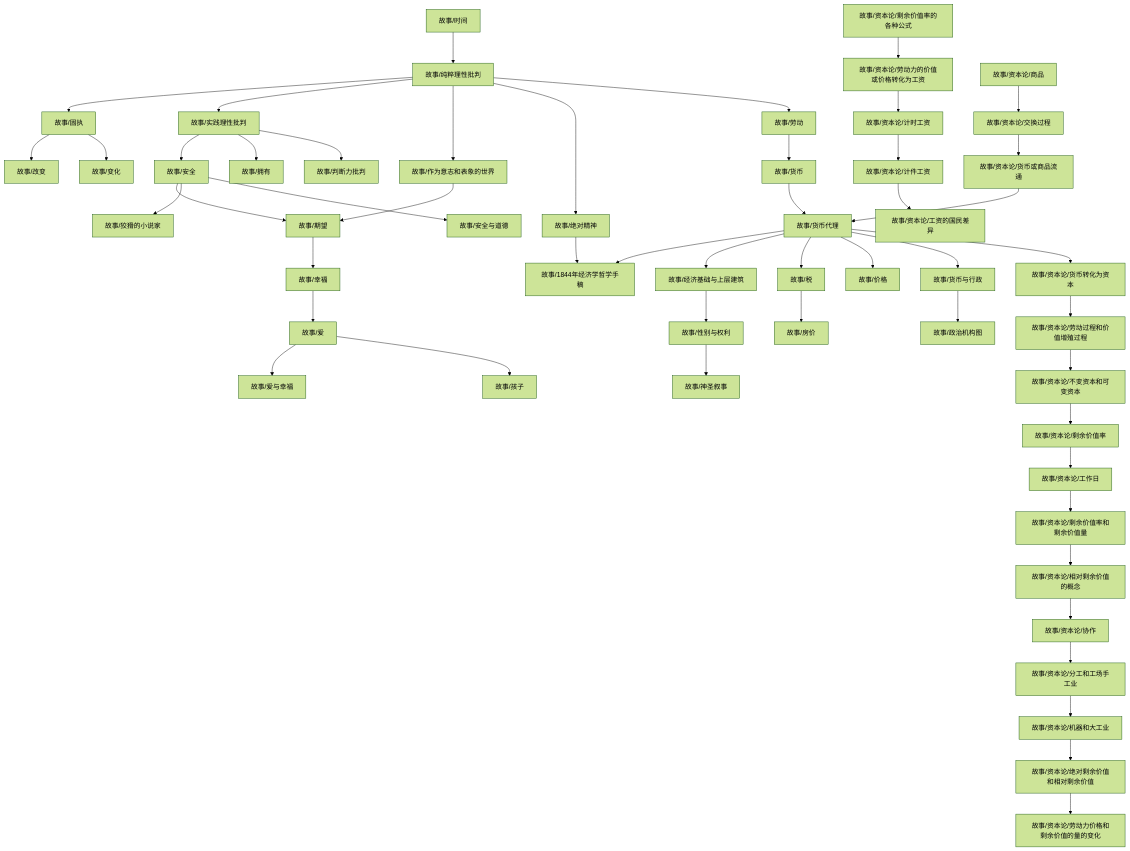
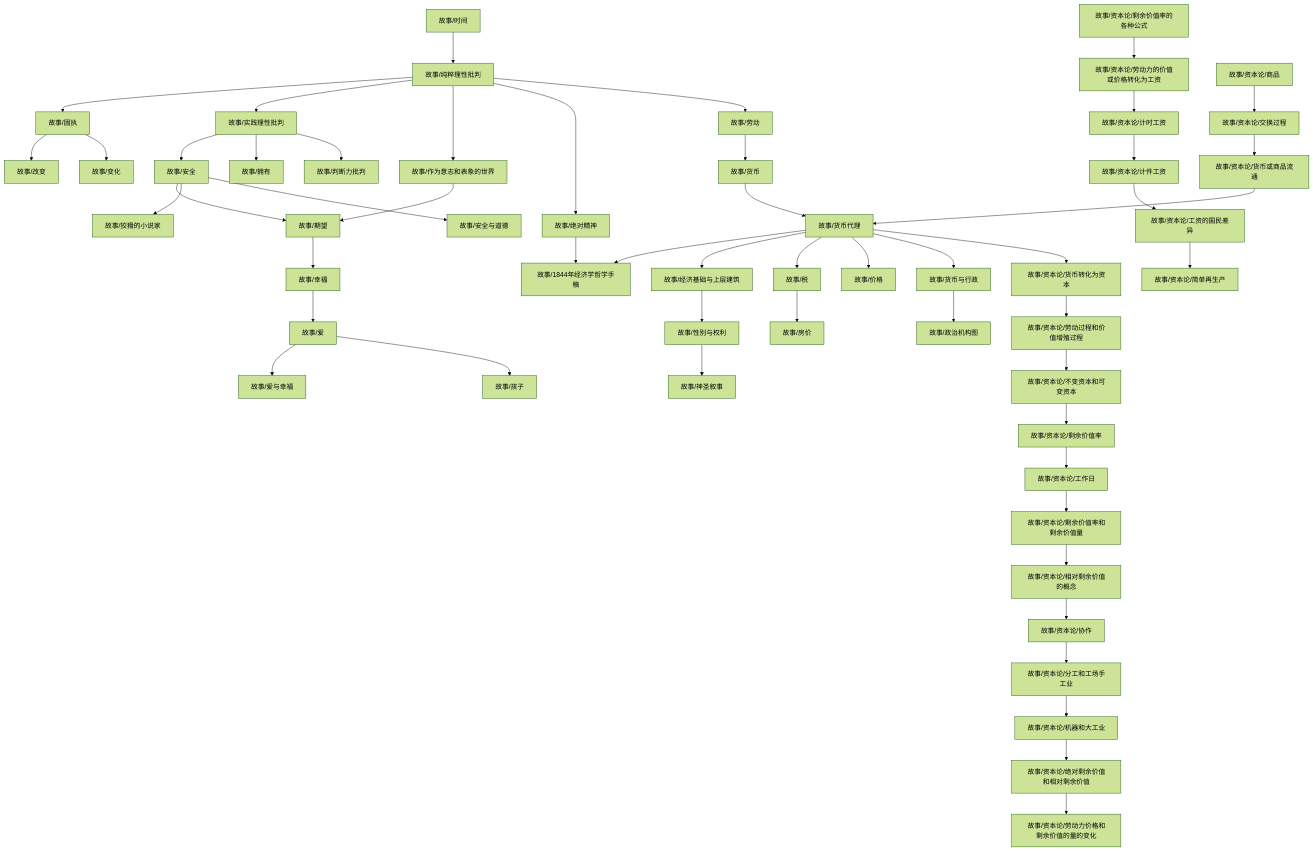
The diagram in content/故事/dependency_graph.md (zengls3186428803/zengls3186428803.github.io), drawn with Mermaid (forest theme) before and after one commit. The commit also changed 3 other files, not shown here.

````diff
--- a/content/故事/dependency_graph.md
+++ b/content/故事/dependency_graph.md
@@ -1,53 +1,54 @@
 ```mermaid
 graph TD
 1["故事/纯粹理性批判"] --> 0["故事/固执"]
 3["故事/经济基础与上层建筑"] --> 2["故事/性别与权利"]
 0["故事/固执"] --> 4["故事/改变"]
 6["故事/货币代理"] --> 5["故事/1844年经济学哲学手稿"]
 7["故事/绝对精神"] --> 5["故事/1844年经济学哲学手稿"]
 9["故事/作为意志和表象的世界"] --> 8["故事/期望"]
 10["故事/安全"] --> 8["故事/期望"]
 10["故事/安全"] --> 11["故事/狡猾的小说家"]
 1["故事/纯粹理性批判"] --> 12["故事/实践理性批判"]
 13["故事/时间"] --> 1["故事/纯粹理性批判"]
 12["故事/实践理性批判"] --> 10["故事/安全"]
 6["故事/货币代理"] --> 3["故事/经济基础与上层建筑"]
 12["故事/实践理性批判"] --> 14["故事/拥有"]
 6["故事/货币代理"] --> 15["故事/税"]
 15["故事/税"] --> 16["故事/房价"]
 18["故事/货币与行政"] --> 17["故事/政治机构图"]
 0["故事/固执"] --> 19["故事/变化"]
 21["故事/幸福"] --> 20["故事/爱"]
 6["故事/货币代理"] --> 22["故事/价格"]
 23["故事/货币"] --> 6["故事/货币代理"]
 24["故事/资本论/货币或商品流通"] --> 6["故事/货币代理"]
 1["故事/纯粹理性批判"] --> 9["故事/作为意志和表象的世界"]
 1["故事/纯粹理性批判"] --> 7["故事/绝对精神"]
 6["故事/货币代理"] --> 18["故事/货币与行政"]
 10["故事/安全"] --> 26["故事/安全与道德"]
 2["故事/性别与权利"] --> 27["故事/神圣叙事"]
 20["故事/爱"] --> 28["故事/爱与幸福"]
 29["故事/劳动"] --> 23["故事/货币"]
 20["故事/爱"] --> 30["故事/孩子"]
 1["故事/纯粹理性批判"] --> 29["故事/劳动"]
 12["故事/实践理性批判"] --> 31["故事/判断力批判"]
 8["故事/期望"] --> 21["故事/幸福"]
 33["故事/资本论/不变资本和可变资本"] --> 32["故事/资本论/剩余价值率"]
 34["故事/资本论/交换过程"] --> 24["故事/资本论/货币或商品流通"]
 36["故事/资本论/劳动力的价值或价格转化为工资"] --> 35["故事/资本论/计时工资"]
 38["故事/资本论/机器和大工业"] --> 37["故事/资本论/绝对剩余价值和相对剩余价值"]
 40["故事/资本论/货币转化为资本"] --> 39["故事/资本论/劳动过程和价值增殖过程"]
 39["故事/资本论/劳动过程和价值增殖过程"] --> 33["故事/资本论/不变资本和可变资本"]
 42["故事/资本论/相对剩余价值的概念"] --> 41["故事/资本论/协作"]
 43["故事/资本论/分工和工场手工业"] --> 38["故事/资本论/机器和大工业"]
 6["故事/货币代理"] --> 40["故事/资本论/货币转化为资本"]
 44["故事/资本论/商品"] --> 34["故事/资本论/交换过程"]
-35["故事/资本论/计时工资"] --> 45["故事/资本论/计件工资"]
-37["故事/资本论/绝对剩余价值和相对剩余价值"] --> 46["故事/资本论/劳动力价格和剩余价值的量的变化"]
-45["故事/资本论/计件工资"] --> 47["故事/资本论/工资的国民差异"]
+46["故事/资本论/工资的国民差异"] --> 45["故事/资本论/简单再生产"]
+35["故事/资本论/计时工资"] --> 47["故事/资本论/计件工资"]
+37["故事/资本论/绝对剩余价值和相对剩余价值"] --> 48["故事/资本论/劳动力价格和剩余价值的量的变化"]
+47["故事/资本论/计件工资"] --> 46["故事/资本论/工资的国民差异"]
 41["故事/资本论/协作"] --> 43["故事/资本论/分工和工场手工业"]
-48["故事/资本论/剩余价值率的各种公式"] --> 36["故事/资本论/劳动力的价值或价格转化为工资"]
-50["故事/资本论/工作日"] --> 49["故事/资本论/剩余价值率和剩余价值量"]
-49["故事/资本论/剩余价值率和剩余价值量"] --> 42["故事/资本论/相对剩余价值的概念"]
-32["故事/资本论/剩余价值率"] --> 50["故事/资本论/工作日"]
+49["故事/资本论/剩余价值率的各种公式"] --> 36["故事/资本论/劳动力的价值或价格转化为工资"]
+51["故事/资本论/工作日"] --> 50["故事/资本论/剩余价值率和剩余价值量"]
+50["故事/资本论/剩余价值率和剩余价值量"] --> 42["故事/资本论/相对剩余价值的概念"]
+32["故事/资本论/剩余价值率"] --> 51["故事/资本论/工作日"]
 ```
````
